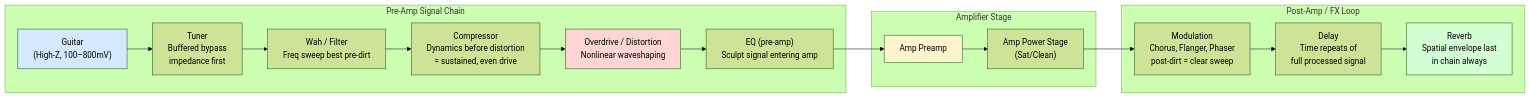
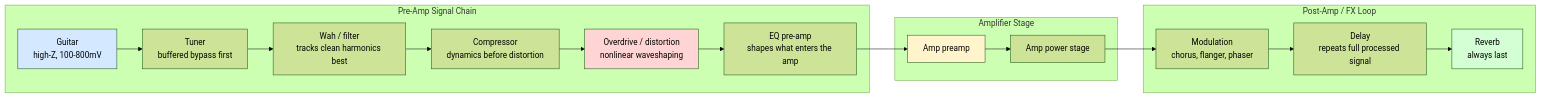
Before and after one commit to blebleblee/synapse: the third of 5 diagrams in topics/arts/music_performance/electric_guitar/labs.md, drawn with Mermaid (forest theme). The commit also changed other lines of this file and 3 other files, not shown here.

````diff
--- a/topics/arts/music_performance/electric_guitar/labs.md
+++ b/topics/arts/music_performance/electric_guitar/labs.md
@@ -622,28 +462,26 @@
 ```mermaid
 graph LR
     subgraph sub_preamp_chain ["Pre-Amp Signal Chain"]
-        A["Guitar\n(High-Z, 100–800mV)"] --> B["Tuner\nBuffered bypass\nimpedance first"]
-        B --> C["Wah / Filter\nFreq sweep best pre-dirt"]
-        C --> D["Compressor\nDynamics before distortion\n= sustained, even drive"]
-        D --> E["Overdrive / Distortion\nNonlinear waveshaping"]
-        E --> F["EQ (pre-amp)\nSculpt signal entering amp"]
+        A["Guitar<br/>high-Z, 100-800mV"] --> B["Tuner<br/>buffered bypass first"]
+        B --> C["Wah / filter<br/>tracks clean harmonics best"]
+        C --> D["Compressor<br/>dynamics before distortion"]
+        D --> E["Overdrive / distortion<br/>nonlinear waveshaping"]
+        E --> F["EQ pre-amp<br/>shapes what enters the amp"]
     end
 
     subgraph sub_amp ["Amplifier Stage"]
-        G["Amp Preamp"] --> H["Amp Power Stage\n(Sat/Clean)"]
+        G["Amp preamp"] --> H["Amp power stage"]
     end
 
     subgraph sub_postamp ["Post-Amp / FX Loop"]
-        I["Modulation\nChorus, Flanger, Phaser\npost-dirt = clear sweep"]
-        I --> J["Delay\nTime repeats of\nfull processed signal"]
-        J --> K["Reverb\nSpatial envelope last\nin chain always"]
+        I["Modulation<br/>chorus, flanger, phaser"] --> J["Delay<br/>repeats full processed signal"] --> K["Reverb<br/>always last"]
     end
 
     F --> G
     H --> I
 
     style A fill:#d4e8ff
     style E fill:#ffd4d4
     style G fill:#fff4cc
     style K fill:#d4ffd4
 ```
````
